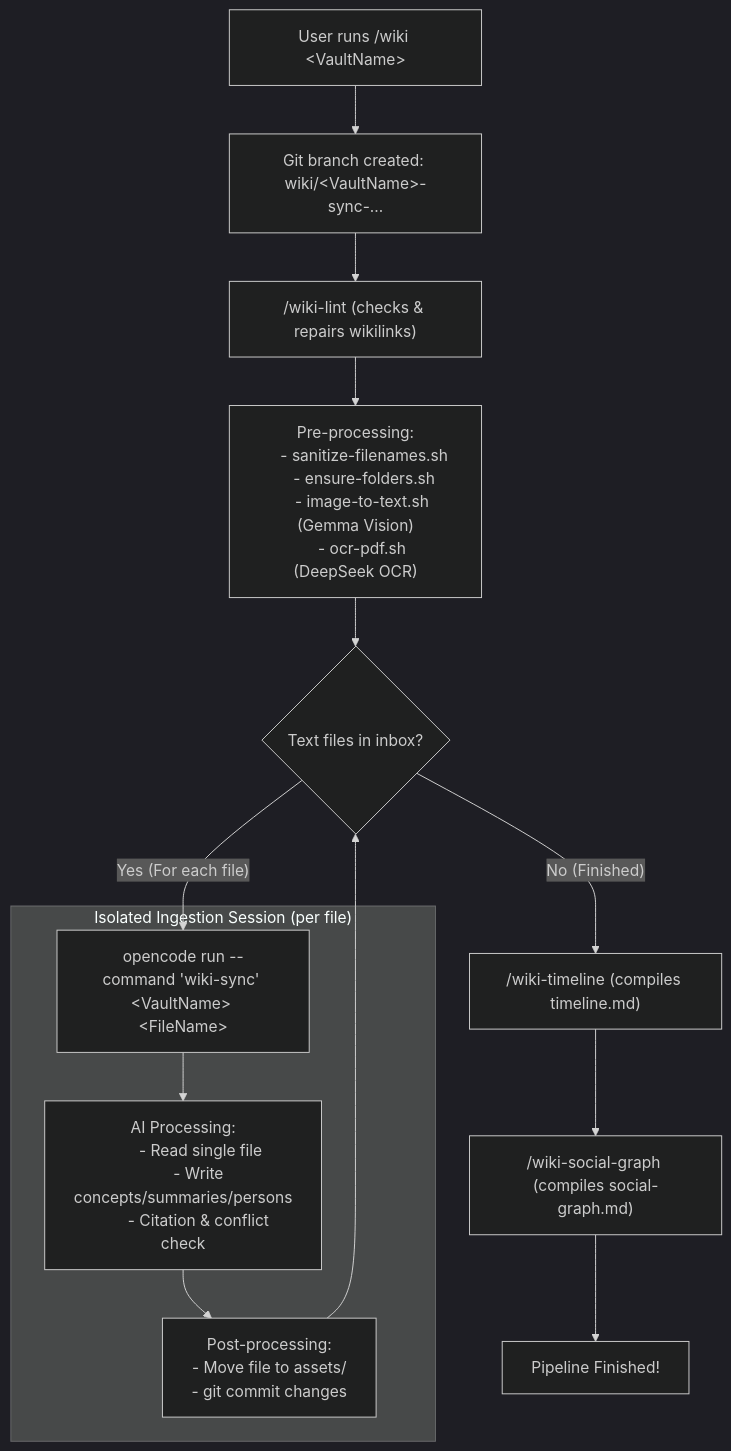
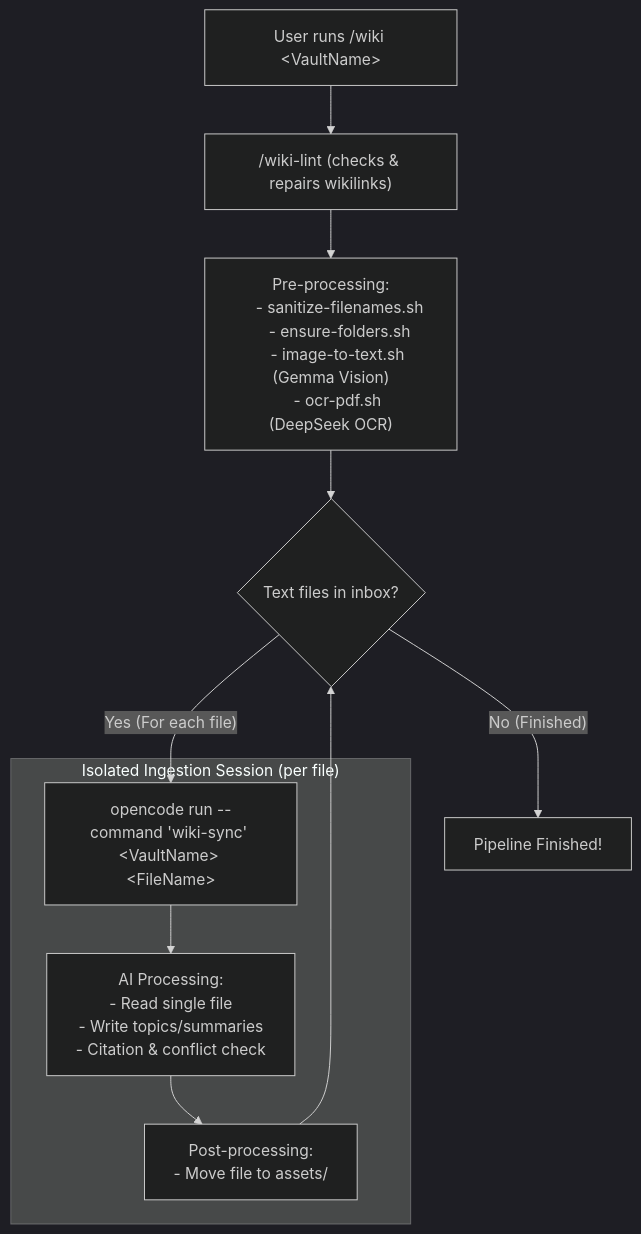
One commit to pkcpkc/mycelium-mind changed the diagram in README.md. Above: the diagram before and after it, drawn with Mermaid (dark theme). The commit also changed other lines of this file and 114 other files, not shown here.

````diff
--- a/README.md
+++ b/README.md
@@ -60,28 +60,24 @@
 ```mermaid
 flowchart TD
-    user["User runs /wiki &lt;VaultName&gt;"] --> checkout["Git branch created: wiki/&lt;VaultName&gt;-sync-..."]
-    checkout --> lint["/wiki-lint (checks & repairs wikilinks)"]
+    user["User runs /wiki &lt;VaultName&gt;"] --> lint["/wiki-lint (checks & repairs wikilinks)"]
     lint --> pre["Pre-processing:
     - sanitize-filenames.sh
     - ensure-folders.sh
     - image-to-text.sh (Gemma Vision)
     - ocr-pdf.sh (DeepSeek OCR)"]
     pre --> loop{"Text files in inbox?"}
     
     subgraph isolated_session["Isolated Ingestion Session (per file)"]
         spawn["opencode run --command 'wiki-sync' &lt;VaultName&gt; &lt;FileName&gt;"]
         spawn --> ai["AI Processing:
         - Read single file
-        - Write concepts/summaries/persons
+        - Write topics/summaries
         - Citation & conflict check"]
         ai --> archive["Post-processing:
-        - Move file to assets/
-        - git commit changes"]
+        - Move file to assets/"]
     end
     
     loop -- "Yes (For each file)" --> spawn
     archive --> loop
-    loop -- "No (Finished)" --> timeline["/wiki-timeline (compiles timeline.md)"]
-    timeline --> social["/wiki-social-graph (compiles social-graph.md)"]
-    social --> done["Pipeline Finished!"]
+    loop -- "No (Finished)" --> done["Pipeline Finished!"]
 ```
````
